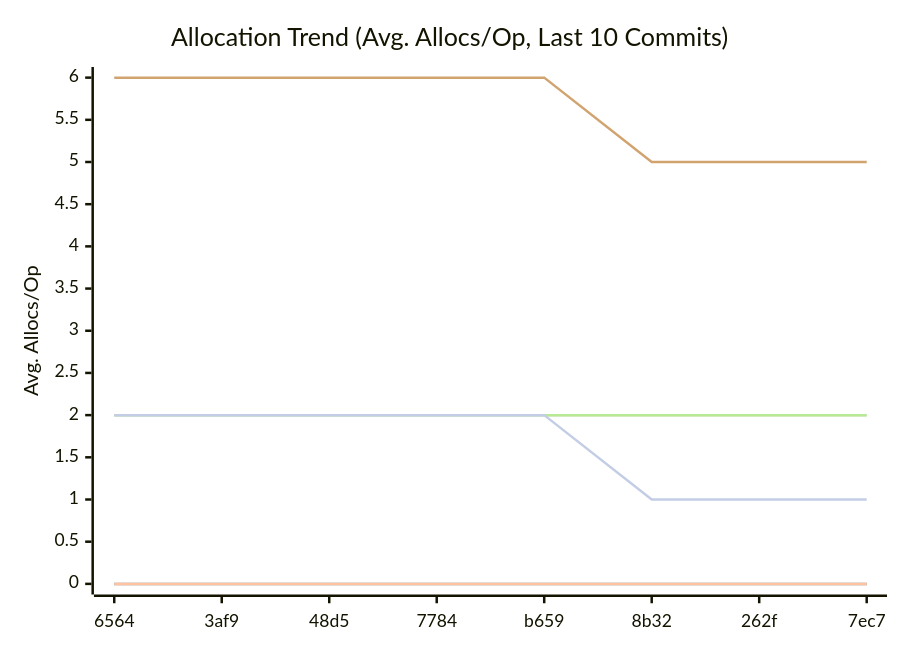
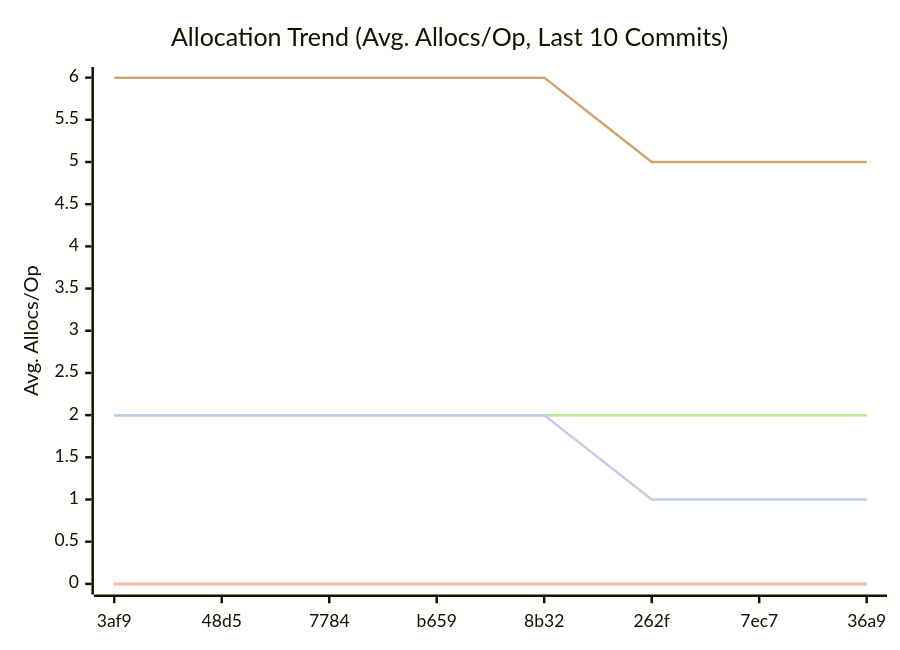
The third of 3 diagrams in doc/README.md (alsotoes/momo), drawn with Mermaid before and after one commit. The commit also changed other lines of this file and 1 other file, not shown here.

````diff
--- a/doc/README.md
+++ b/doc/README.md
@@ -326,14 +326,14 @@
 ```mermaid
 xychart-beta
     title "Allocation Trend (Avg. Allocs/Op, Last 10 Commits)"
     x-axis "Commit"
     y-axis "Avg. Allocs/Op"
-    x-axis [6564,3af9,48d5,7784,b659,8b32,262f,7ec7]
+    x-axis [3af9,48d5,7784,b659,8b32,262f,7ec7,36a9]
     line "CheckMetricsAndSwap" [0,0,0,0,0,0,0,0,0,0]
     line "IndexDirectTracking" [0,0,0,0,0,0,0,0,0,0]
     line "IndexSearch" [0,0,0,0,0,0,0,0,0,0]
     line "LoadGlobalConfig" [2,2,2,2,2,2,2,2,2,2]
     line "PadString" [2,2,2,2,2,2,2,2,2,2]
     line "ParseReplicationOrder_NoPrealloc" [6,6,6,6,6,5,5,5,5,5]
     line "ParseReplicationOrder_Prealloc" [2,2,2,2,2,1,1,1,1,1]
 ```
````
